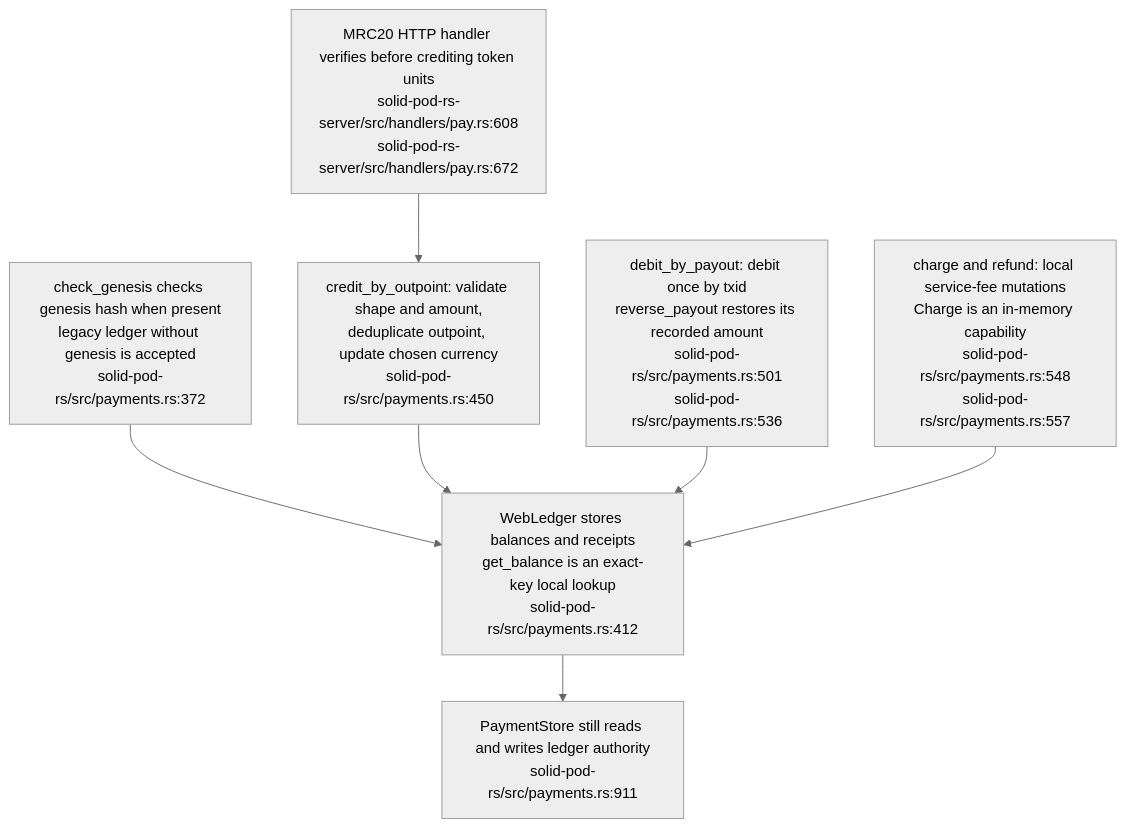
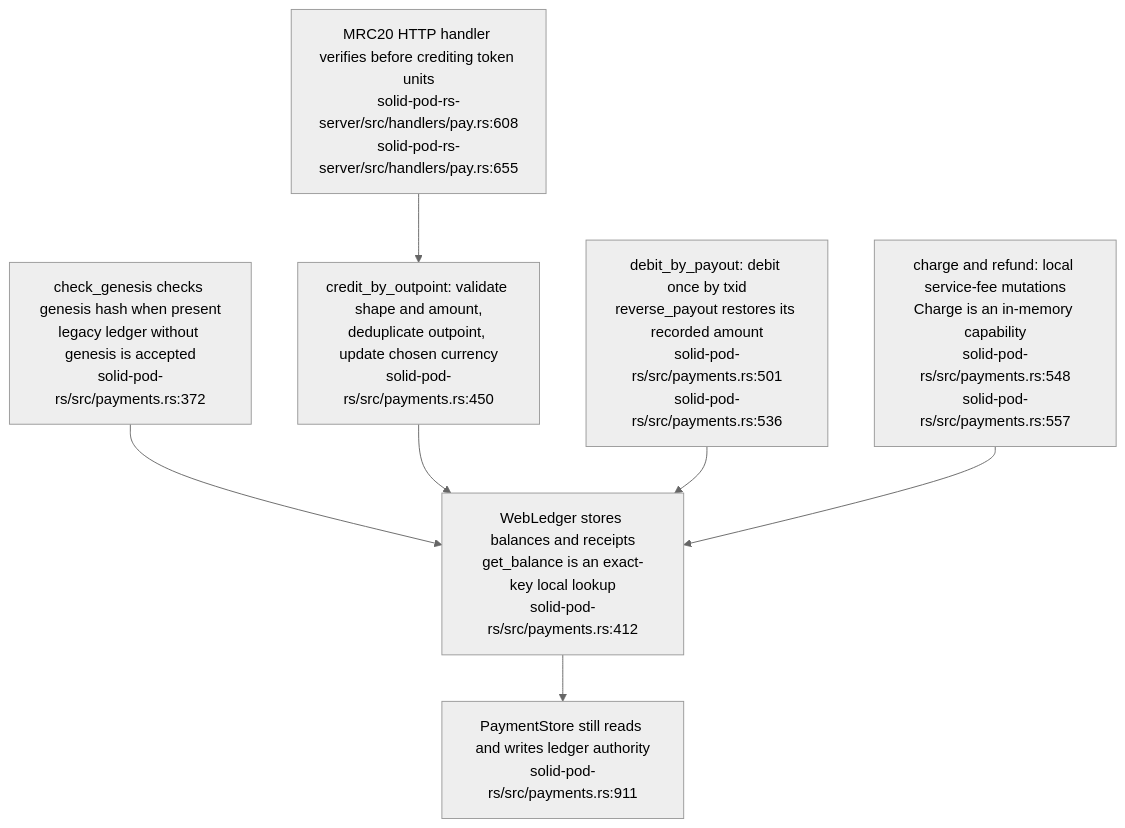
Diagram 12 of 19 in docs/diagrams/solid-pod-rs/07-provenance-and-payments.md (DreamLab-AI/VisionFlow), drawn with Mermaid (neutral theme) before and after one commit. The commit also changed other lines of this file and 47 other files, not shown here.

````diff
--- a/docs/diagrams/solid-pod-rs/07-provenance-and-payments.md
+++ b/docs/diagrams/solid-pod-rs/07-provenance-and-payments.md
@@ -341,15 +346,15 @@
 ```mermaid
 flowchart TD
     LEDGER["WebLedger stores balances and receipts<br/>get_balance is an exact-key local lookup<br/>solid-pod-rs/src/payments.rs:412"]
     ID["check_genesis checks genesis hash when present<br/>legacy ledger without genesis is accepted<br/>solid-pod-rs/src/payments.rs:372"]
     CREDIT["credit_by_outpoint: validate shape and amount,<br/>deduplicate outpoint, update chosen currency<br/>solid-pod-rs/src/payments.rs:450"]
     PAYOUT["debit_by_payout: debit once by txid<br/>reverse_payout restores its recorded amount<br/>solid-pod-rs/src/payments.rs:501<br/>solid-pod-rs/src/payments.rs:536"]
     CHARGE["charge and refund: local service-fee mutations<br/>Charge is an in-memory capability<br/>solid-pod-rs/src/payments.rs:548<br/>solid-pod-rs/src/payments.rs:557"]
     STORE["PaymentStore still reads and writes ledger authority<br/>solid-pod-rs/src/payments.rs:911"]
-    VERIFY["MRC20 HTTP handler verifies before crediting token units<br/>solid-pod-rs-server/src/handlers/pay.rs:608<br/>solid-pod-rs-server/src/handlers/pay.rs:672"]
+    VERIFY["MRC20 HTTP handler verifies before crediting token units<br/>solid-pod-rs-server/src/handlers/pay.rs:608<br/>solid-pod-rs-server/src/handlers/pay.rs:655"]
     ID --> LEDGER
     VERIFY --> CREDIT --> LEDGER
     PAYOUT --> LEDGER
     CHARGE --> LEDGER
     LEDGER --> STORE
 ```
````
